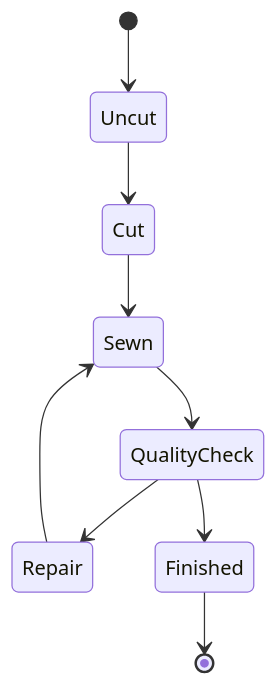
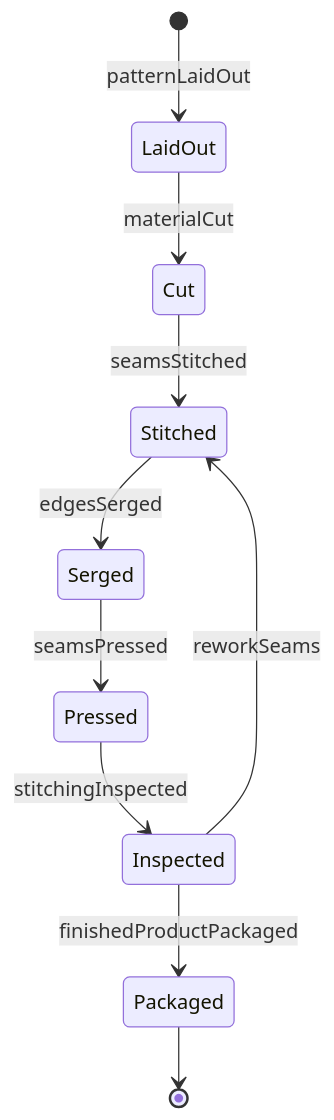
Before and after one commit to dot-org-ai/tasks.org.ai: the second of 4 diagrams in HandlingAndMovingObjects/SewGarmentsOrMaterials/SewMaterials.mdx, drawn with Mermaid. The commit also changed other lines of this file and 515 other files, not shown here.

````diff
--- a/HandlingAndMovingObjects/SewGarmentsOrMaterials/SewMaterials.mdx
+++ b/HandlingAndMovingObjects/SewGarmentsOrMaterials/SewMaterials.mdx
@@ -97,11 +97,12 @@
 ```mermaid
 stateDiagram-v2
-    [*] --> Uncut
-    Uncut --> Cut
-    Cut --> Sewn
-    Sewn --> QualityCheck
-    QualityCheck --> Repair
-    Repair --> Sewn
-    QualityCheck --> Finished
-    Finished --> [*]
+    [*] --> LaidOut : patternLaidOut
+    LaidOut --> Cut : materialCut
+    Cut --> Stitched : seamsStitched
+    Stitched --> Serged : edgesSerged
+    Serged --> Pressed : seamsPressed
+    Pressed --> Inspected : stitchingInspected
+    Inspected --> Stitched : reworkSeams
+    Inspected --> Packaged : finishedProductPackaged
+    Packaged --> [*]
 ```
````
